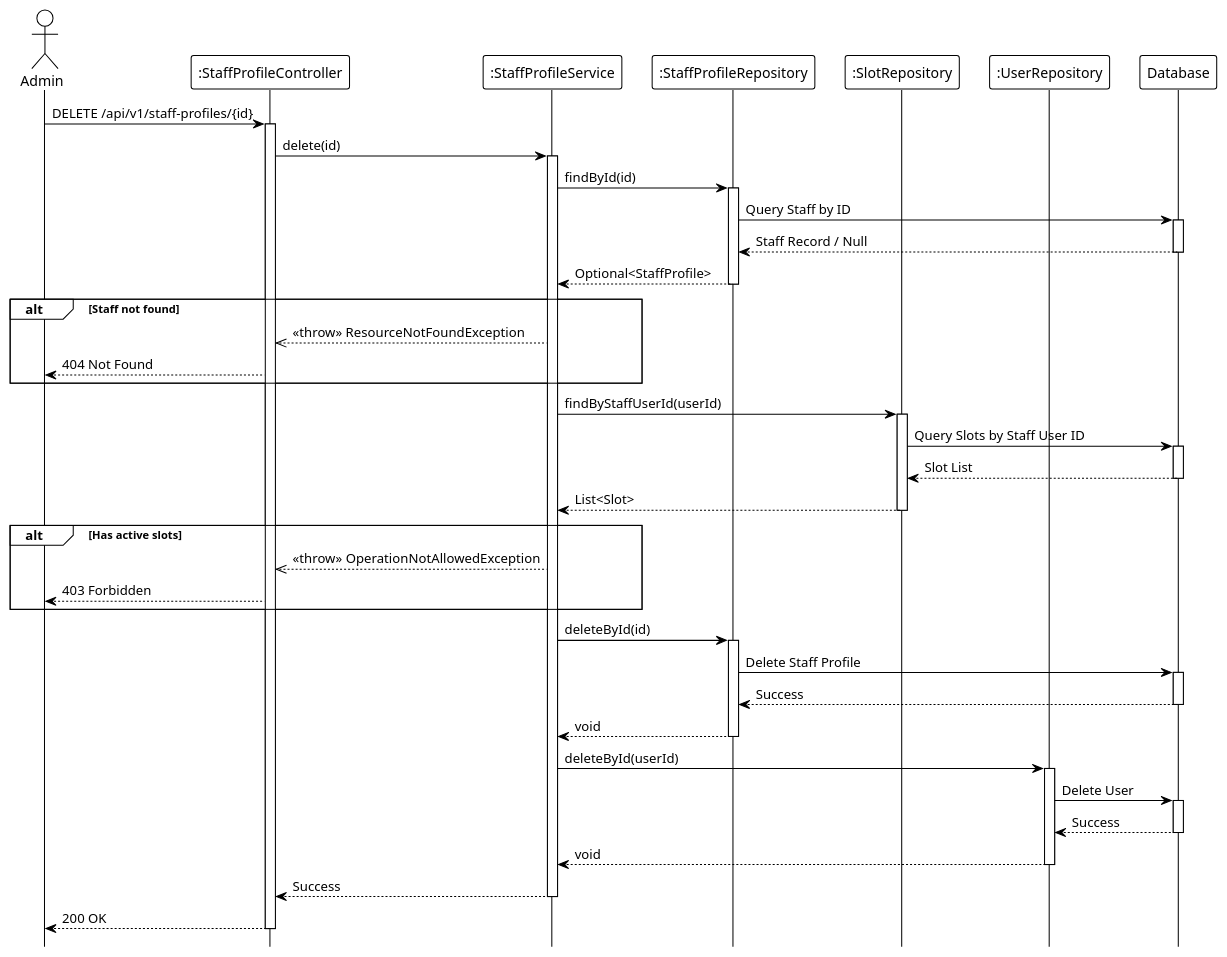
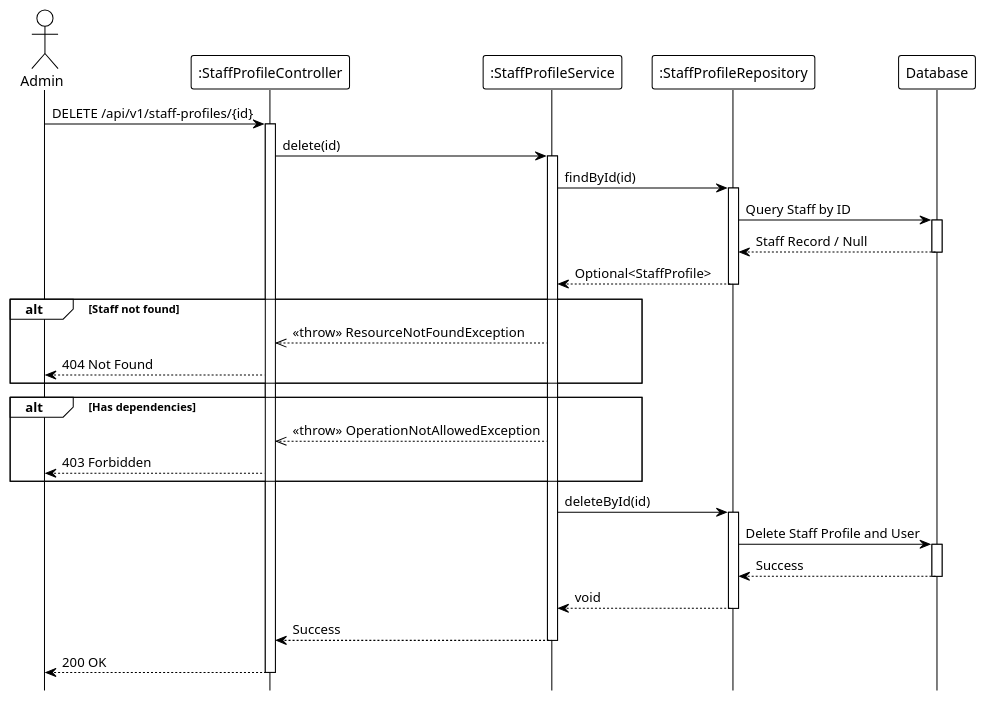
Before and after one commit to Ndh474/context: the diagram in system_detailed_design/53_delete_staff/sequence_diagram_delete_staff.puml, drawn with PlantUML. The commit also changed 8 other files, not shown here.

```diff
--- a/system_detailed_design/53_delete_staff/sequence_diagram_delete_staff.puml
+++ b/system_detailed_design/53_delete_staff/sequence_diagram_delete_staff.puml
@@ -1,84 +1,58 @@
 @startuml delete_staff
 !theme plain
 hide footbox
 
 actor Admin
 participant ":StaffProfileController" as Controller
 participant ":StaffProfileService" as Service
-participant ":StaffProfileRepository" as StaffRepo
-participant ":SlotRepository" as SlotRepo
-participant ":UserRepository" as UserRepo
+participant ":StaffProfileRepository" as Repository
 participant "Database" as DB
 
 ' --- MAIN FLOW ---
 Admin -> Controller: DELETE /api/v1/staff-profiles/{id}
 activate Controller
 
 Controller -> Service: delete(id)
 activate Service
 
-' --- FIND EXISTING ---
-Service -> StaffRepo: findById(id)
-activate StaffRepo
+Service -> Repository: findById(id)
+activate Repository
 
-StaffRepo -> DB: Query Staff by ID
+Repository -> DB: Query Staff by ID
 activate DB
-DB --> StaffRepo: Staff Record / Null
+DB --> Repository: Staff Record / Null
 deactivate DB
 
-StaffRepo --> Service: Optional<StaffProfile>
-deactivate StaffRepo
+Repository --> Service: Optional<StaffProfile>
+deactivate Repository
 
 alt Staff not found
     Service -->> Controller: <<throw>> ResourceNotFoundException
     Controller --> Admin: 404 Not Found
 end
 
-' --- CHECK ACTIVE SLOTS ---
-Service -> SlotRepo: findByStaffUserId(userId)
-activate SlotRepo
+' Validation logic (internal: check active slots)
 
-SlotRepo -> DB: Query Slots by Staff User ID
-activate DB
-DB --> SlotRepo: Slot List
-deactivate DB
-
-SlotRepo --> Service: List<Slot>
-deactivate SlotRepo
-
-alt Has active slots
+alt Has dependencies
     Service -->> Controller: <<throw>> OperationNotAllowedException
     Controller --> Admin: 403 Forbidden
 end
 
-' --- DELETE STAFF PROFILE ---
-Service -> StaffRepo: deleteById(id)
-activate StaffRepo
+Service -> Repository: deleteById(id)
+activate Repository
 
-StaffRepo -> DB: Delete Staff Profile
+Repository -> DB: Delete Staff Profile and User
 activate DB
-DB --> StaffRepo: Success
+DB --> Repository: Success
 deactivate DB
 
-StaffRepo --> Service: void
-deactivate StaffRepo
-
-' --- DELETE USER ---
-Service -> UserRepo: deleteById(userId)
-activate UserRepo
-
-UserRepo -> DB: Delete User
-activate DB
-DB --> UserRepo: Success
-deactivate DB
-
-UserRepo --> Service: void
-deactivate UserRepo
+Repository --> Service: void
+deactivate Repository
 
 Service --> Controller: Success
 deactivate Service
 
 Controller --> Admin: 200 OK
 deactivate Controller
 
 @enduml
```
